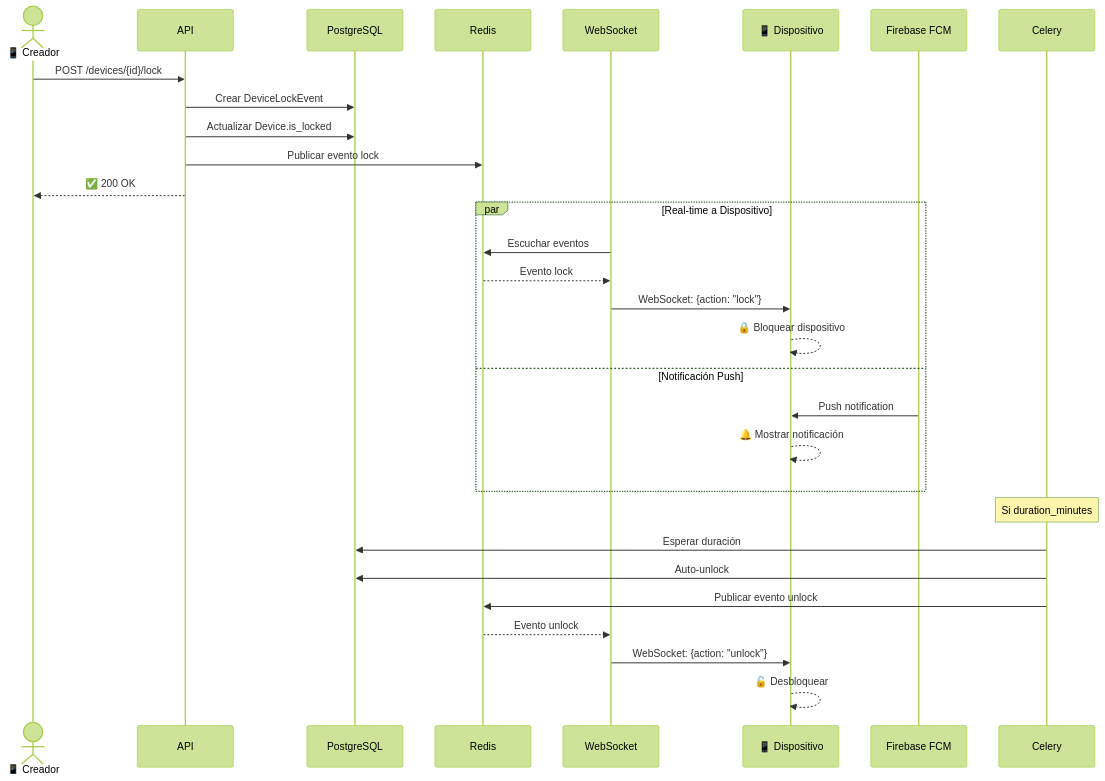
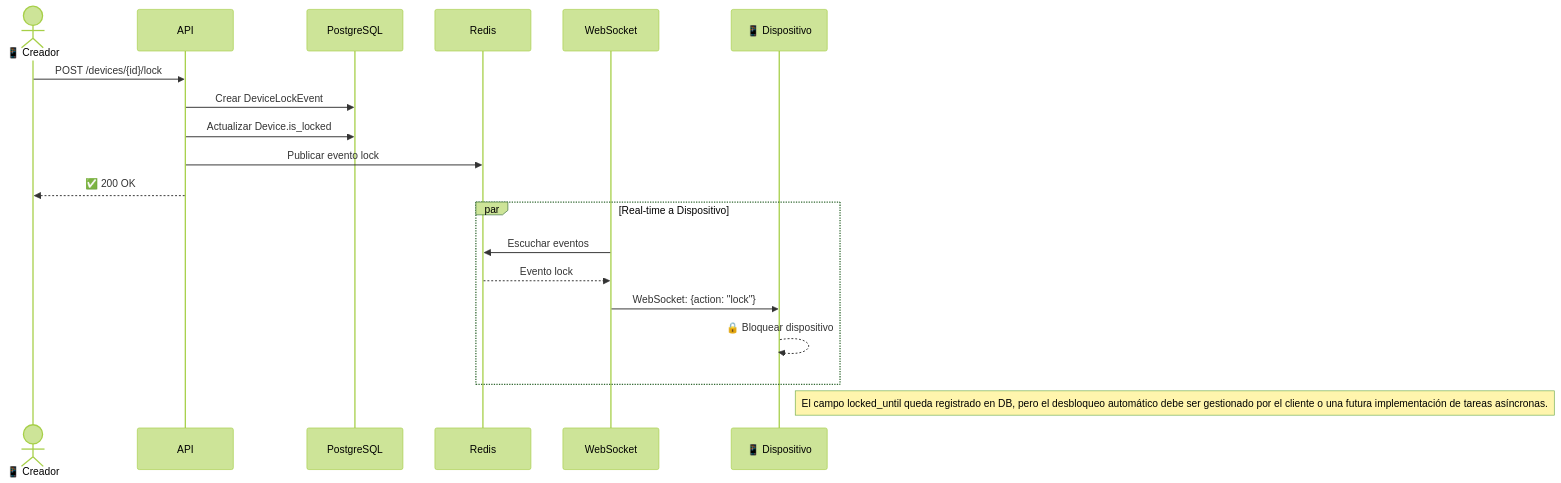
Before and after one commit to JORGUINHO98/secure-lock: the third of 4 diagrams in README.md, drawn with Mermaid (forest theme). The commit also changed other lines of this file and 12 other files, not shown here.

````diff
--- a/README.md
+++ b/README.md
@@ -229,35 +213,24 @@
 ```mermaid
 sequenceDiagram
     actor Creator as 📱 Creador
     participant API
     participant DB as PostgreSQL
     participant Redis
     participant WS as WebSocket
     participant Device as 📱 Dispositivo
-    participant FCM as Firebase FCM
-    participant Celery
 
     Creator->>API: POST /devices/{id}/lock
     API->>DB: Crear DeviceLockEvent
     API->>DB: Actualizar Device.is_locked
     API->>Redis: Publicar evento lock
     API-->>Creator: ✅ 200 OK
     
     par Real-time a Dispositivo
         WS->>Redis: Escuchar eventos
         Redis-->>WS: Evento lock
         WS->>Device: WebSocket: {action: "lock"}
         Device-->>Device: 🔒 Bloquear dispositivo
-    and Notificación Push
-        FCM->>Device: Push notification
-        Device-->>Device: 🔔 Mostrar notificación
     end
     
-    Note over Celery: Si duration_minutes
-    Celery->>DB: Esperar duración
-    Celery->>DB: Auto-unlock
-    Celery->>Redis: Publicar evento unlock
-    Redis-->>WS: Evento unlock
-    WS->>Device: WebSocket: {action: "unlock"}
-    Device-->>Device: 🔓 Desbloquear
+    Note right of Device: El campo locked_until queda registrado en DB, pero el desbloqueo automático debe ser gestionado por el cliente o una futura implementación de tareas asíncronas.
 ```
````
